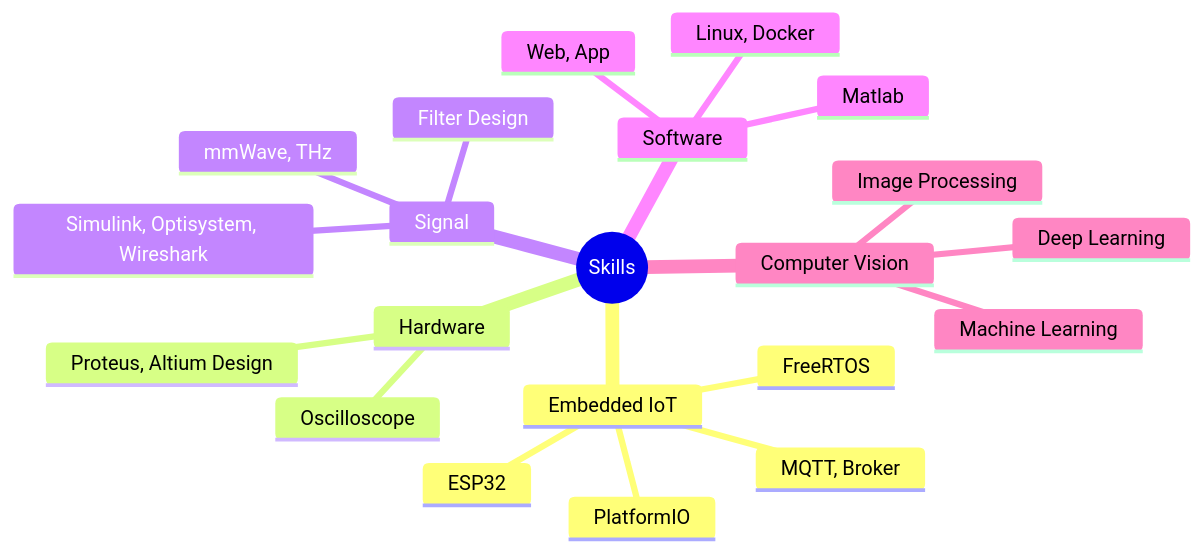
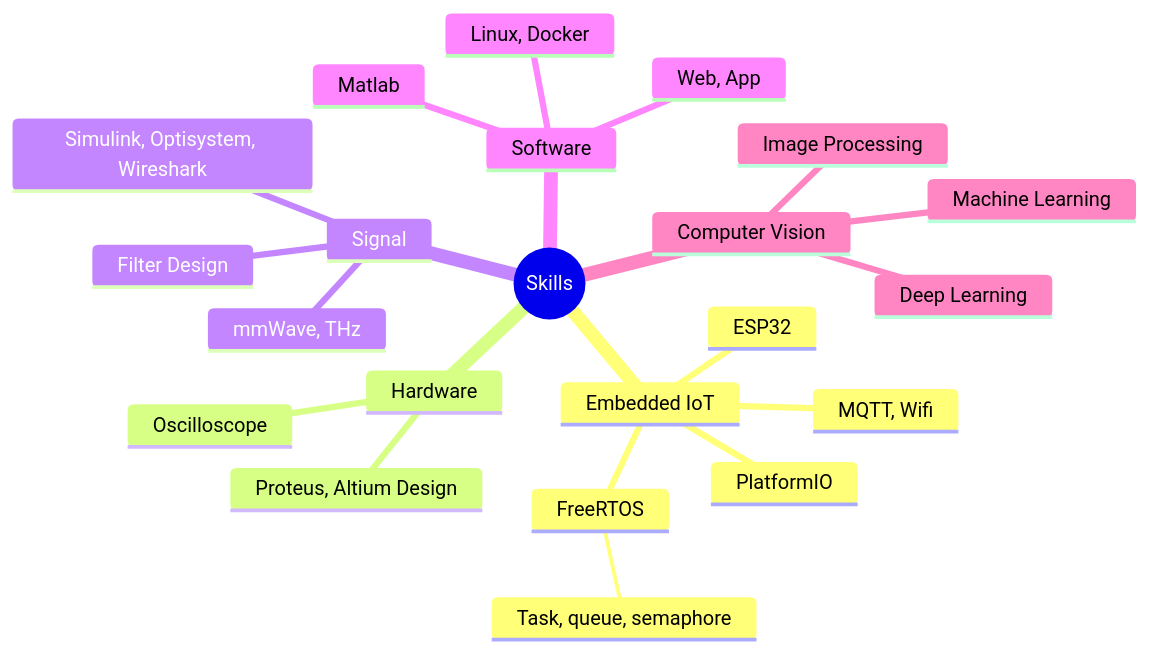
One commit to bathanh0309/bathanh0309 changed the diagram in README.md. Above: the diagram before and after it, drawn with Mermaid.

````diff
--- a/README.md
+++ b/README.md
@@ -140,24 +140,25 @@
 ```mermaid
 mindmap
   root((Skills))
     Embedded IoT
-      MQTT, Broker
+      MQTT, Wifi
       ESP32
       FreeRTOS
+        Task, queue, semaphore
       PlatformIO
     Hardware
       Proteus, Altium Design
       Oscilloscope
     Signal
       mmWave, THz
       Filter Design
       Simulink, Optisystem, Wireshark
     Software
       Matlab
       Linux, Docker
       Web, App
     Computer Vision
       Machine Learning
       Deep Learning
       Image Processing
 ```
````
